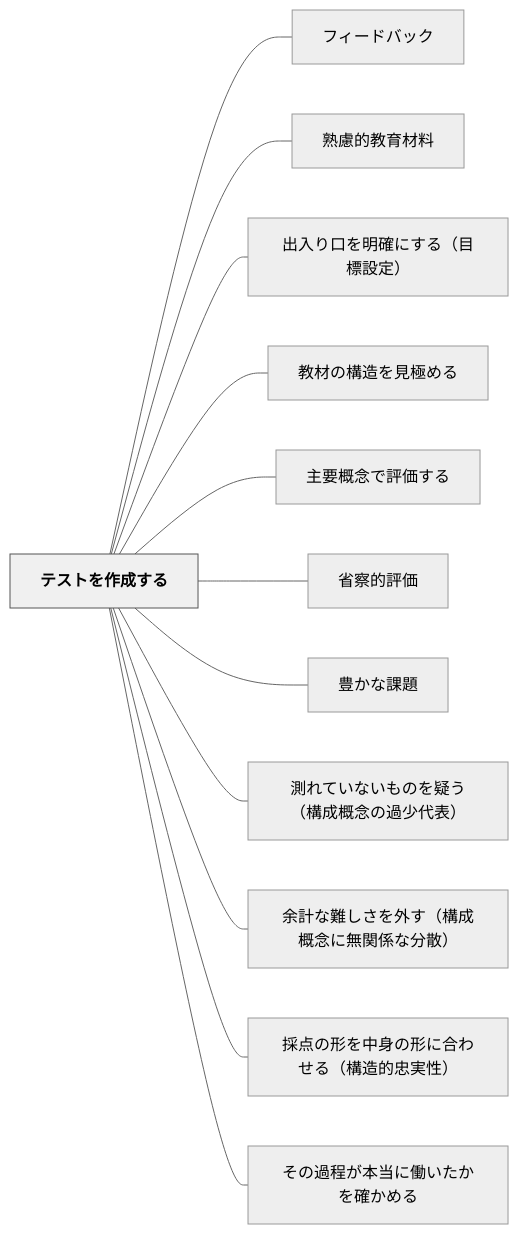
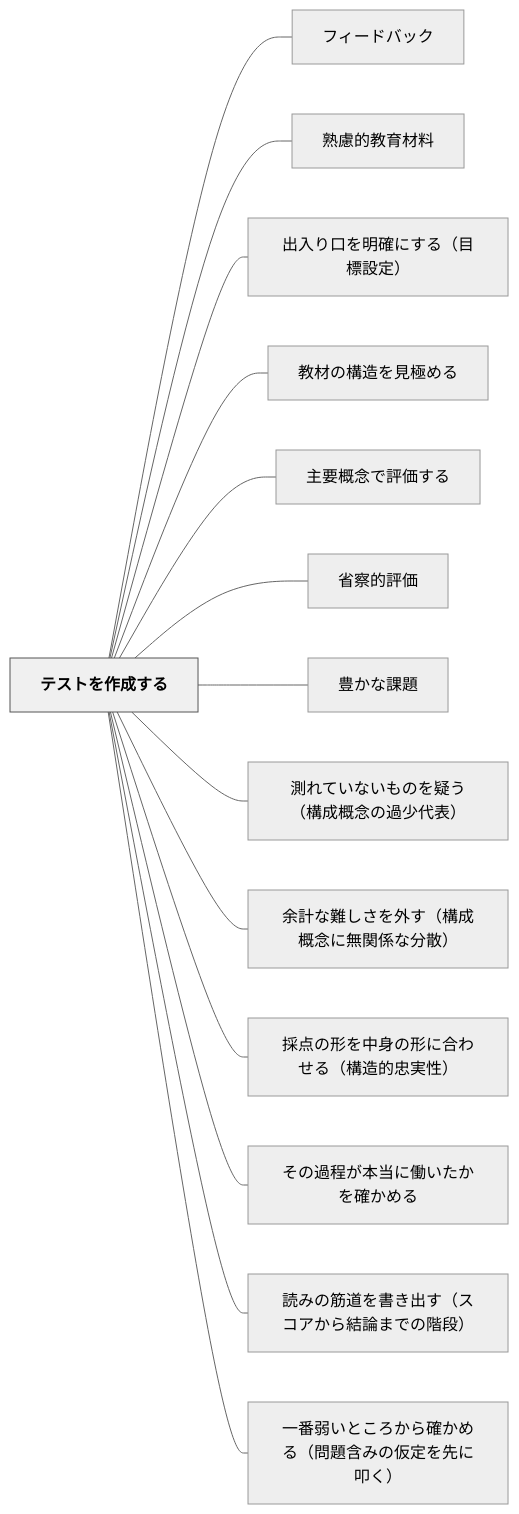
Before and after one commit to unknownthings-ed-patterns/unknownthings-ed-patterns: the diagram in content/パタン/テストを作成する.md, drawn with Mermaid (neutral theme). The commit also changed other lines of this file and 6 other files, not shown here.

````diff
--- a/content/パタン/テストを作成する.md
+++ b/content/パタン/テストを作成する.md
@@ -55,30 +57,34 @@
 ```mermaid
 flowchart LR
     ne38386e382b9e38388e38292e4bd9ce68890e38199e3828b["テストを作成する"]
     ne38395e382a3e383bce38389e38390e38383e382af["フィードバック"]
     ne7869fe685aee79a84e69599e882b2e69d90e69699["熟慮的教育材料"]
     ne587bae585a5e3828ae58fa3e38292e6988ee7a2bae381abe38199e3828befbc88e79baee6a899e8a8ade5ae9aefbc89["出入り口を明確にする（目標設定）"]
     ne69599e69d90e381aee6a78be980a0e38292e8a68be6a5b5e38281e3828b["教材の構造を見極める"]
     ne4b8bbe8a681e6a682e5bfb5e381a7e8a995e4bea1e38199e3828b["主要概念で評価する"]
     ne79c81e5af9fe79a84e8a995e4bea1["省察的評価"]
     ne8b18ae3818be381aae8aab2e9a18c["豊かな課題"]
     ne6b8ace3828ce381a6e38184e381aae38184e38282e381aee38292e79691e38186efbc88e6a78be68890e6a682e5bfb5e381aee9818ee5b091e4bba3e8a1a8efbc89["測れていないものを疑う（構成概念の過少代表）"]
     ne4bd99e8a888e381aae99ba3e38197e38195e38292e5a496e38199efbc88e6a78be68890e6a682e5bfb5e381abe784a1e996a2e4bf82e381aae58886e695a3efbc89["余計な難しさを外す（構成概念に無関係な分散）"]
     ne68ea1e782b9e381aee5bda2e38292e4b8ade8baabe381aee5bda2e381abe59088e3828fe3819be3828befbc88e6a78be980a0e79a84e5bfa0e5ae9fe680a7efbc89["採点の形を中身の形に合わせる（構造的忠実性）"]
     ne3819de381aee9818ee7a88be3818ce69cace5bd93e381abe5838de38184e3819fe3818be38292e7a2bae3818be38281e3828b["その過程が本当に働いたかを確かめる"]
+    ne8aaade381bfe381aee7ad8be98193e38292e69bb8e3818de587bae38199efbc88e382b9e382b3e382a2e3818be38289e7b590e8ab96e381bee381a7e381aee99a8ee6aeb5efbc89["読みの筋道を書き出す（スコアから結論までの階段）"]
+    ne4b880e795aae5bcb1e38184e381a8e38193e3828de3818be38289e7a2bae3818be38281e3828befbc88e5958fe9a18ce590abe381bfe381aee4bbaee5ae9ae38292e58588e381abe58fa9e3818fefbc89["一番弱いところから確かめる（問題含みの仮定を先に叩く）"]
 
     ne38386e382b9e38388e38292e4bd9ce68890e38199e3828b --- ne38395e382a3e383bce38389e38390e38383e382af
     ne38386e382b9e38388e38292e4bd9ce68890e38199e3828b --- ne7869fe685aee79a84e69599e882b2e69d90e69699
     ne38386e382b9e38388e38292e4bd9ce68890e38199e3828b --- ne587bae585a5e3828ae58fa3e38292e6988ee7a2bae381abe38199e3828befbc88e79baee6a899e8a8ade5ae9aefbc89
     ne38386e382b9e38388e38292e4bd9ce68890e38199e3828b --- ne69599e69d90e381aee6a78be980a0e38292e8a68be6a5b5e38281e3828b
     ne38386e382b9e38388e38292e4bd9ce68890e38199e3828b --- ne4b8bbe8a681e6a682e5bfb5e381a7e8a995e4bea1e38199e3828b
     ne38386e382b9e38388e38292e4bd9ce68890e38199e3828b --- ne79c81e5af9fe79a84e8a995e4bea1
     ne38386e382b9e38388e38292e4bd9ce68890e38199e3828b --- ne8b18ae3818be381aae8aab2e9a18c
     ne38386e382b9e38388e38292e4bd9ce68890e38199e3828b --- ne6b8ace3828ce381a6e38184e381aae38184e38282e381aee38292e79691e38186efbc88e6a78be68890e6a682e5bfb5e381aee9818ee5b091e4bba3e8a1a8efbc89
     ne38386e382b9e38388e38292e4bd9ce68890e38199e3828b --- ne4bd99e8a888e381aae99ba3e38197e38195e38292e5a496e38199efbc88e6a78be68890e6a682e5bfb5e381abe784a1e996a2e4bf82e381aae58886e695a3efbc89
     ne38386e382b9e38388e38292e4bd9ce68890e38199e3828b --- ne68ea1e782b9e381aee5bda2e38292e4b8ade8baabe381aee5bda2e381abe59088e3828fe3819be3828befbc88e6a78be980a0e79a84e5bfa0e5ae9fe680a7efbc89
     ne38386e382b9e38388e38292e4bd9ce68890e38199e3828b --- ne3819de381aee9818ee7a88be3818ce69cace5bd93e381abe5838de38184e3819fe3818be38292e7a2bae3818be38281e3828b
+    ne38386e382b9e38388e38292e4bd9ce68890e38199e3828b --- ne8aaade381bfe381aee7ad8be98193e38292e69bb8e3818de587bae38199efbc88e382b9e382b3e382a2e3818be38289e7b590e8ab96e381bee381a7e381aee99a8ee6aeb5efbc89
+    ne38386e382b9e38388e38292e4bd9ce68890e38199e3828b --- ne4b880e795aae5bcb1e38184e381a8e38193e3828de3818be38289e7a2bae3818be38281e3828befbc88e5958fe9a18ce590abe381bfe381aee4bbaee5ae9ae38292e58588e381abe58fa9e3818fefbc89
 
     classDef hub fill:#f0f0f0,stroke:#555,color:#000,font-weight:bold
     class ne38386e382b9e38388e38292e4bd9ce68890e38199e3828b hub
 ```
````
